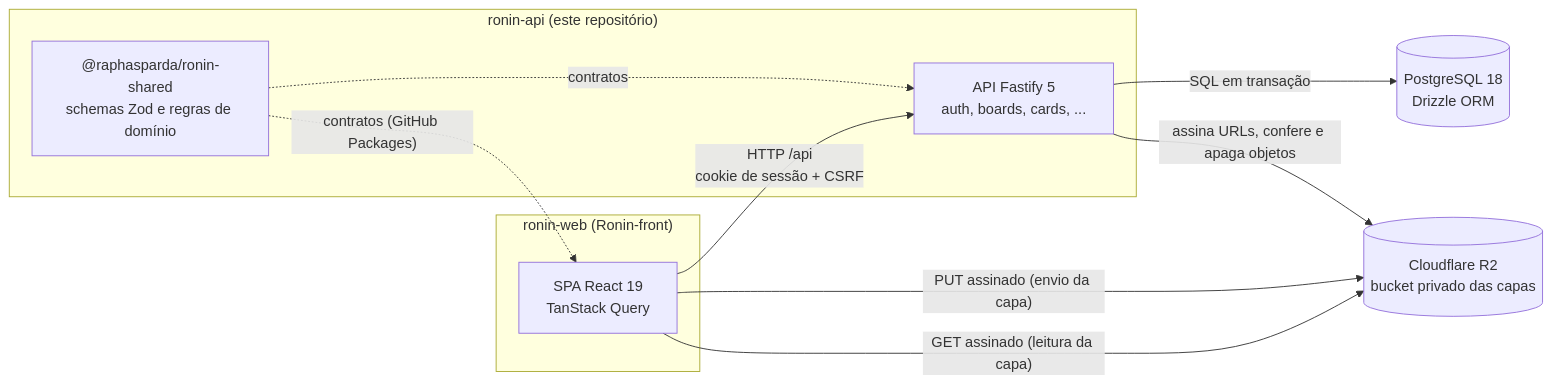
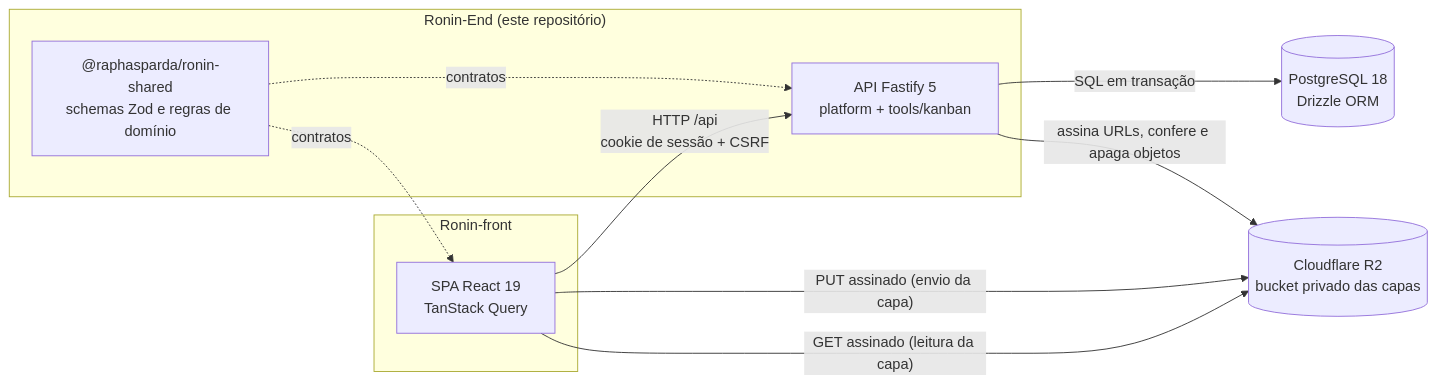
The diagram in README.md (raphasparda/Ronin-End), drawn with Mermaid before and after one commit. The commit also changed other lines of this file and 249 other files, not shown here.

Commit message:
Base ronin hub, rename para ronin, estrutura platform e tools/kanban, README e versão 0.9.0

````diff
--- a/README.md
+++ b/README.md
@@ -76,20 +96,20 @@
 ```mermaid
 flowchart LR
-    subgraph web["ronin-web (Ronin-front)"]
+    subgraph web["Ronin-front"]
         SPA["SPA React 19<br/>TanStack Query"]
     end
-    subgraph api["ronin-api (este repositório)"]
-        API["API Fastify 5<br/>auth, boards, cards, ..."]
+    subgraph api["Ronin-End (este repositório)"]
+        API["API Fastify 5<br/>platform + tools/kanban"]
         SHARED["@raphasparda/ronin-shared<br/>schemas Zod e regras de domínio"]
     end
     DB[("PostgreSQL 18<br/>Drizzle ORM")]
     R2[("Cloudflare R2<br/>bucket privado das capas")]
 
     SPA -- "HTTP /api<br/>cookie de sessão + CSRF" --> API
     SPA -- "PUT assinado (envio da capa)" --> R2
     SPA -- "GET assinado (leitura da capa)" --> R2
     API -- "SQL em transação" --> DB
     API -- "assina URLs, confere e apaga objetos" --> R2
     SHARED -. "contratos" .-> API
-    SHARED -. "contratos (GitHub Packages)" .-> SPA
+    SHARED -. "contratos" .-> SPA
 ```
````
